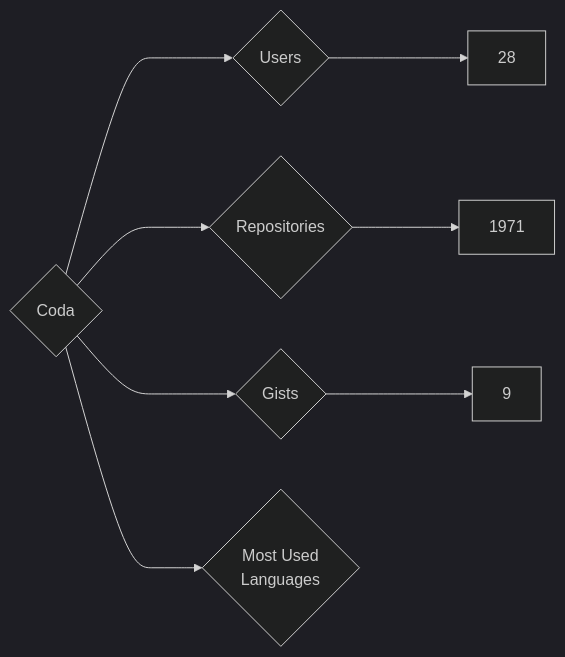
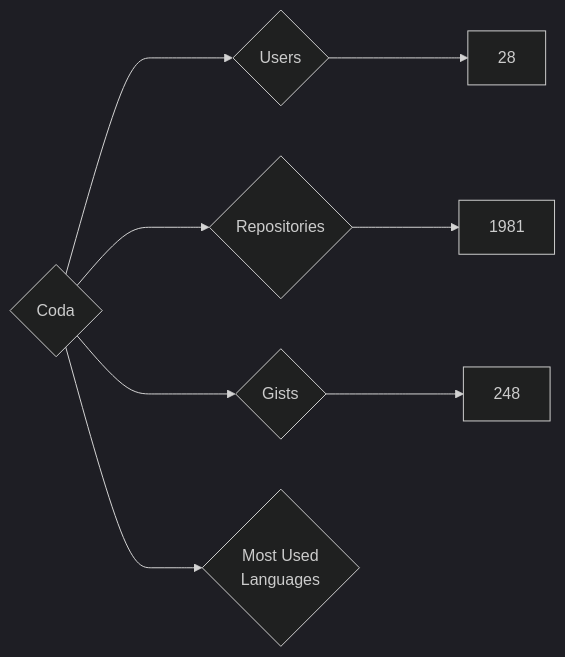
The diagram in targets/Coda/README.md (nenadzaric/insiders), drawn with Mermaid (dark theme) before and after one commit. The commit also changed 1342 other files, not shown here.

````diff
--- a/targets/Coda/README.md
+++ b/targets/Coda/README.md
@@ -3,8 +3,8 @@
 ```mermaid
 graph LR
 COMPANY_NAME{Coda}
 COMPANY_NAME ---> U{Users} ---> UN[28]
-COMPANY_NAME ---> R{Repositories} ---> RN[1971]
-COMPANY_NAME ---> G{Gists} ---> GN[9]
+COMPANY_NAME ---> R{Repositories} ---> RN[1981]
+COMPANY_NAME ---> G{Gists} ---> GN[248]
 COMPANY_NAME ---> ML{Most Used<br>Languages}
 ```
````
